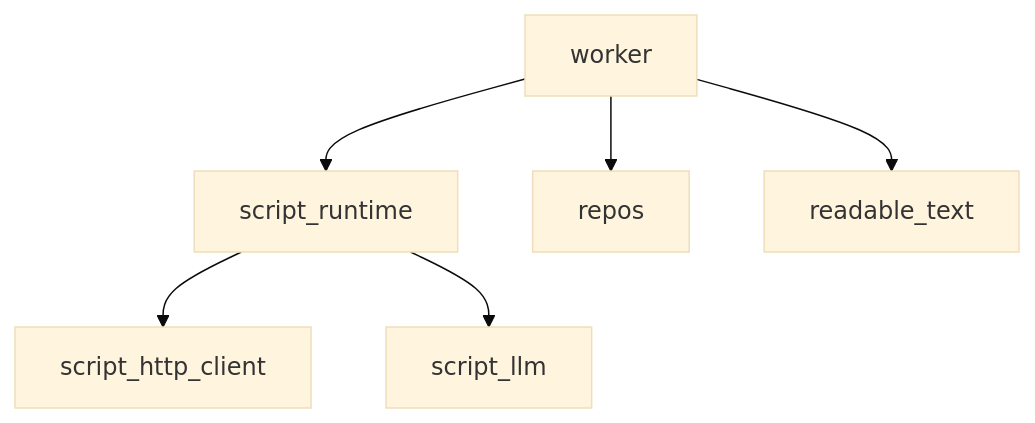
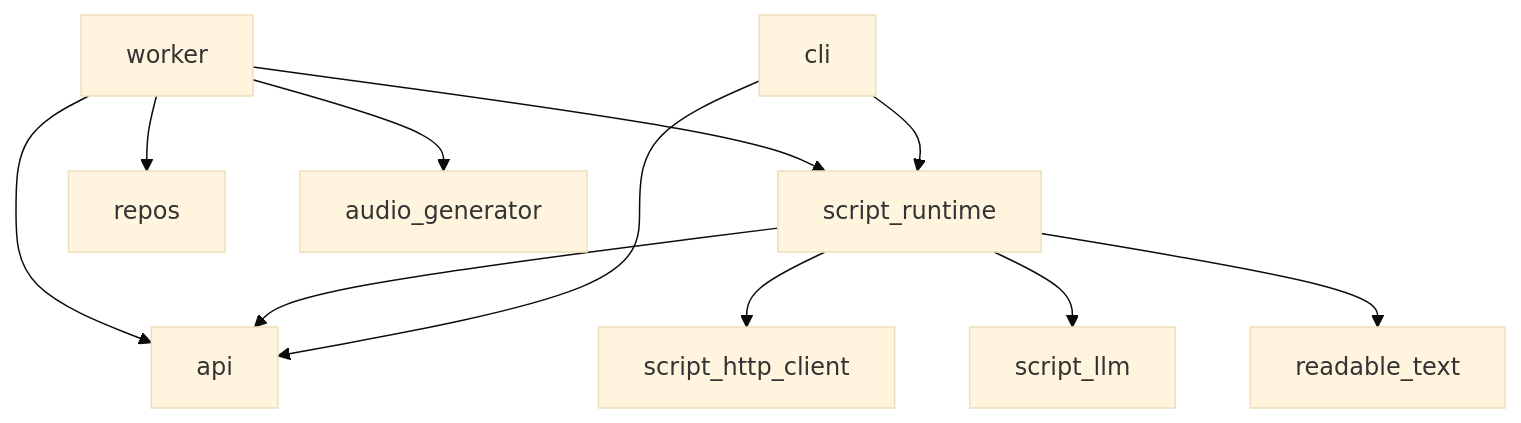
One commit to wakame-tech/botcast changed the first of 3 diagrams in doc/src/worker.md. Above: the diagram before and after it, drawn with Mermaid (base theme). The commit also changed 2 other files, not shown here.

Commit message:
add(doc): update diary

````diff
--- a/doc/src/worker.md
+++ b/doc/src/worker.md
@@ -12,8 +12,13 @@
 ```mermaid
 graph TD;
   worker --> script_runtime;
   worker --> repos;
-  worker --> readable_text;
+  worker --> audio_generator
+  worker --> api
+  script_runtime --> api;
   script_runtime --> script_http_client;
   script_runtime --> script_llm;
+  script_runtime --> readable_text;
+  cli --> api;
+  cli --> script_runtime;
 ```
````
